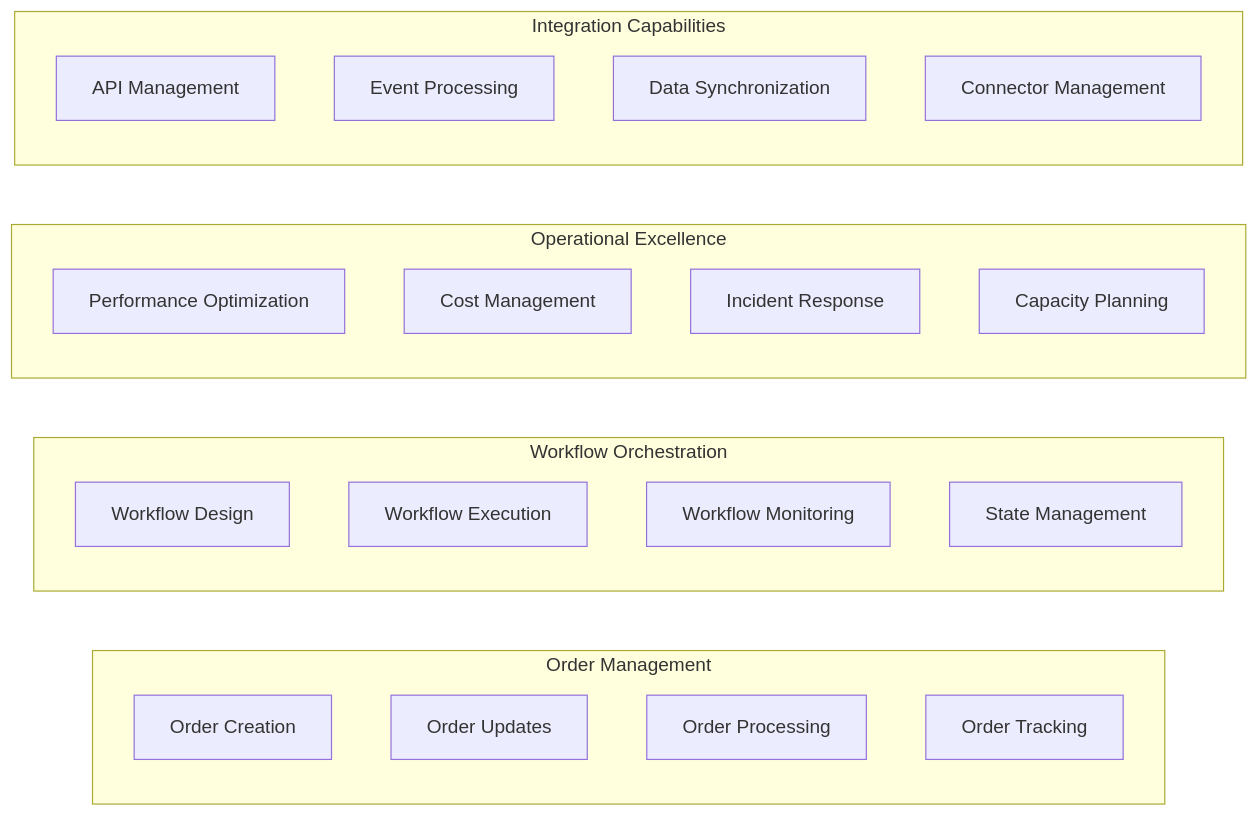
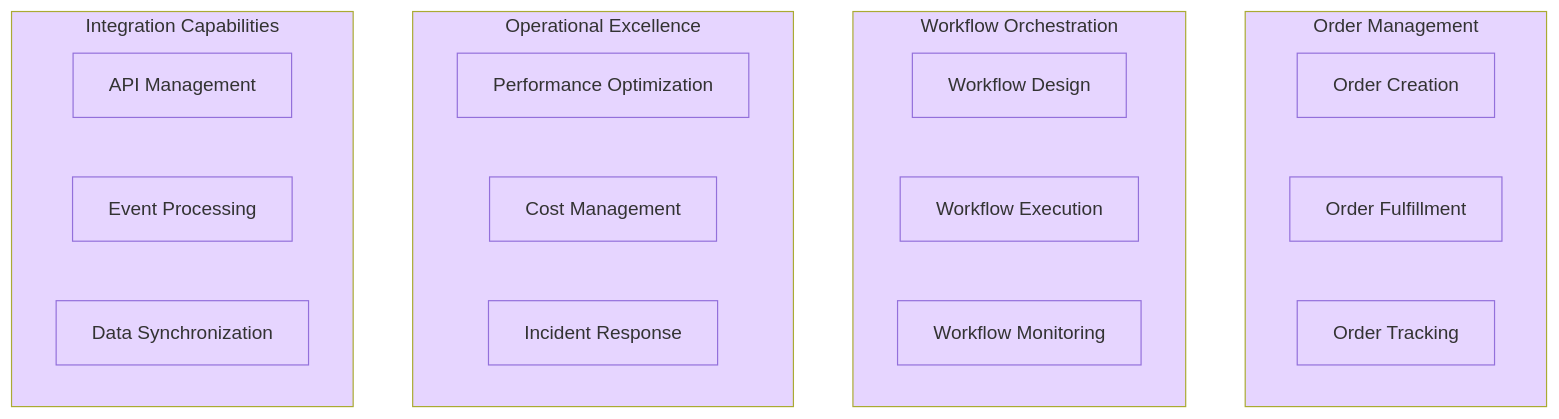
One commit to Evilazaro/Azure-LogicApps-Monitoring changed the first of 12 diagrams in README.md. Above: the diagram before and after it, drawn with Mermaid. The commit also changed other lines of this file, not shown here.

Commit message:
refactor: update flowcharts in README.md for improved clarity and consistency

````diff
--- a/README.md
+++ b/README.md
@@ -199,30 +199,43 @@
 ```mermaid
-flowchart LR
+flowchart TB
     subgraph OrderManagement["Order Management"]
         OrderCreation["Order Creation"]
-        OrderUpdate["Order Updates"]
-        OrderProcessing["Order Processing"]
+        OrderFulfillment["Order Fulfillment"]
         OrderTracking["Order Tracking"]
     end
     
     subgraph WorkflowOrchestration["Workflow Orchestration"]
         WorkflowDesign["Workflow Design"]
         WorkflowExecution["Workflow Execution"]
         WorkflowMonitoring["Workflow Monitoring"]
-        StateManagement["State Management"]
     end
     
     subgraph OperationalExcellence["Operational Excellence"]
         PerformanceOptimization["Performance Optimization"]
         CostManagement["Cost Management"]
         IncidentResponse["Incident Response"]
-        CapacityPlanning["Capacity Planning"]
     end
     
     subgraph Integration["Integration Capabilities"]
         APIManagement["API Management"]
         EventProcessing["Event Processing"]
         DataSynchronization["Data Synchronization"]
-        ConnectorManagement["Connector Management"]
     end
+    
+    style OrderManagement fill:#E6D5FF
+    style WorkflowOrchestration fill:#E6D5FF
+    style OperationalExcellence fill:#E6D5FF
+    style Integration fill:#E6D5FF
+    style OrderCreation fill:#E6D5FF
+    style OrderFulfillment fill:#E6D5FF
+    style OrderTracking fill:#E6D5FF
+    style WorkflowDesign fill:#E6D5FF
+    style WorkflowExecution fill:#E6D5FF
+    style WorkflowMonitoring fill:#E6D5FF
+    style PerformanceOptimization fill:#E6D5FF
+    style CostManagement fill:#E6D5FF
+    style IncidentResponse fill:#E6D5FF
+    style APIManagement fill:#E6D5FF
+    style EventProcessing fill:#E6D5FF
+    style DataSynchronization fill:#E6D5FF
 ```
````
